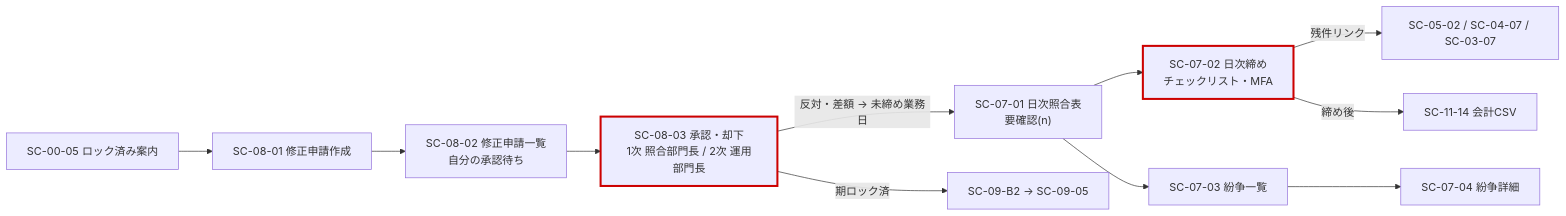
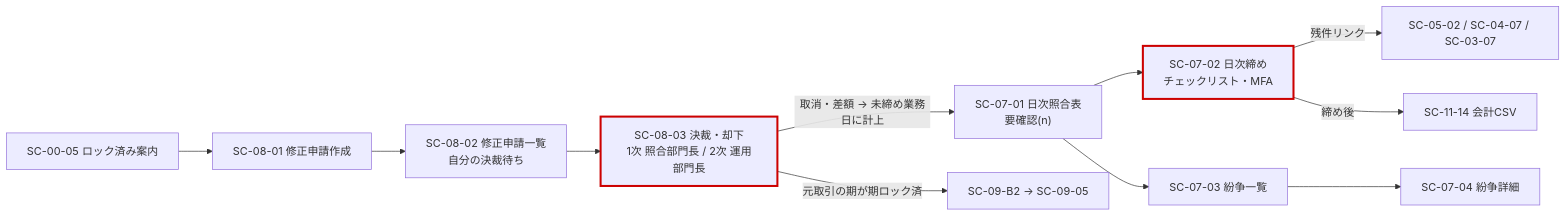
The seventh of 10 diagrams in wireframes/SCREEN-LIST.md (phuongnnm-23344/lab-wholesale-market), drawn with Mermaid before and after one commit. The commit also changed other lines of this file and 16 other files, not shown here.

````diff
--- a/wireframes/SCREEN-LIST.md
+++ b/wireframes/SCREEN-LIST.md
@@ -314,12 +316,15 @@
 ```mermaid
 flowchart LR
-  S["SC-07-01 日次照合表<br/>要確認(n)"] --> K["SC-07-02 日次締め<br/>チェックリスト・MFA"]:::human
+  S["SC-07-01 日次照合表<br/>要確認(n)"] --> K["SC-07-02 日次締め<br/>チェックリスト・MFA"]
+  class K human
   K -->|残件リンク| X["SC-05-02 / SC-04-07 / SC-03-07"]
   K -->|締め後| CSV["SC-11-14 会計CSV"]
   S --> DL["SC-07-03 紛争一覧"] --> DD["SC-07-04 紛争詳細"]
   E["SC-00-05 ロック済み案内"] --> C1["SC-08-01 修正申請作成"]
-  C1 --> C2["SC-08-02 修正申請一覧<br/>自分の承認待ち"] --> C3["SC-08-03 承認・却下<br/>1次 照合部門長 / 2次 運用部門長"]:::human
-  C3 -->|反対・差額 → 未締め業務日| S
-  C3 -->|期ロック済| D9["SC-09-B2 → SC-09-05"]
+  C1 --> C2["SC-08-02 修正申請一覧<br/>自分の決裁待ち"]
+  C2 --> C3["SC-08-03 決裁・却下<br/>1次 照合部門長 / 2次 運用部門長"]
+  class C3 human
+  C3 -->|取消・差額 → 未締め業務日に計上| S
+  C3 -->|元取引の期が期ロック済| D9["SC-09-B2 → SC-09-05"]
   classDef human stroke:#c00,stroke-width:3px
 ```
````
